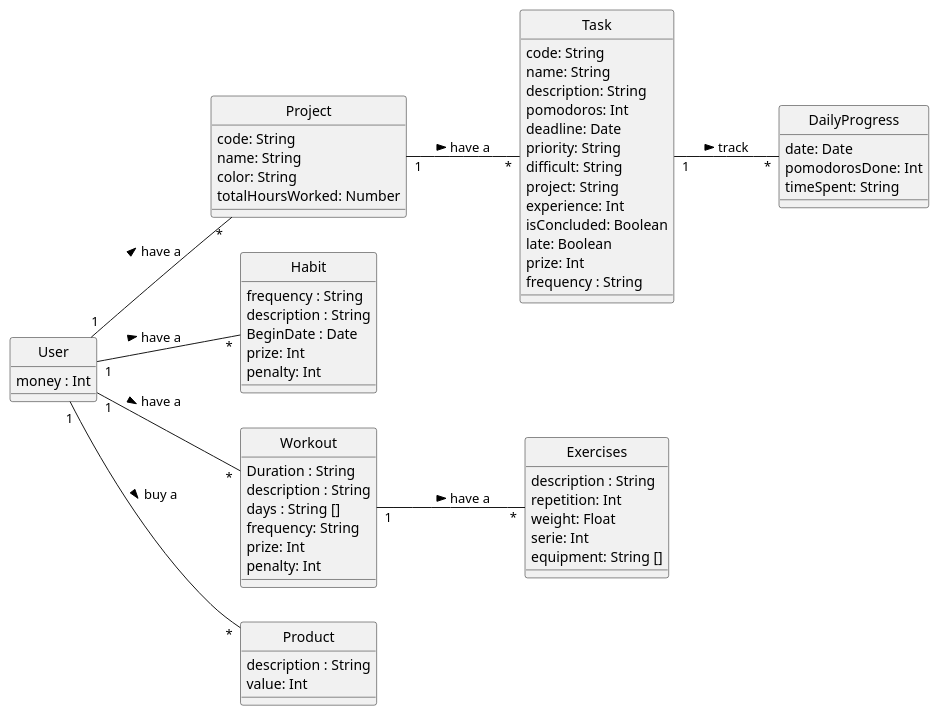
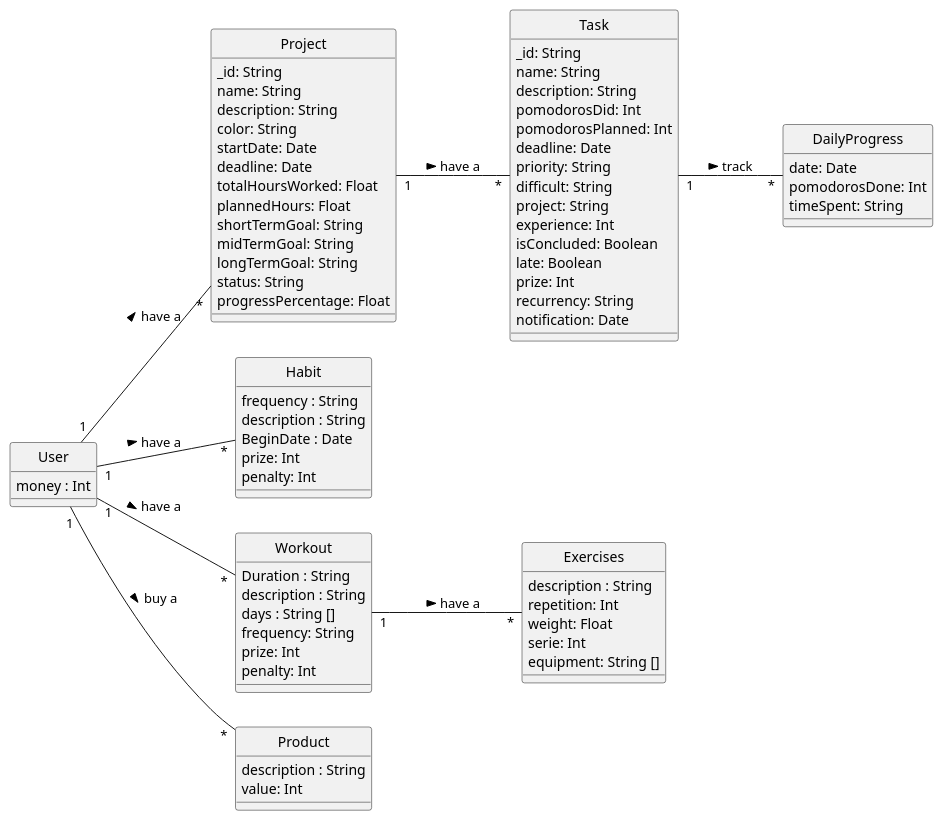
Before and after one commit to joao-felipe3/SecondBrain: the diagram in Project/ClassDiagram.puml, drawn with PlantUML.

Commit message:
Project documentation actualization

```diff
--- a/Project/ClassDiagram.puml
+++ b/Project/ClassDiagram.puml
@@ -1,75 +1,86 @@
 @startuml Classes
 skinparam style strictuml
 left to right direction
 
 class Task {
-    code: String 
+    _id: String 
     name: String
     description: String 
-    pomodoros: Int
+    pomodorosDid: Int
+    pomodorosPlanned: Int
     deadline: Date
     priority: String 
     difficult: String
     project: String
     experience: Int
     isConcluded: Boolean
     late: Boolean
     prize: Int
-    frequency : String
+    recurrency: String
+    notification: Date
 }
 
 class Project {
-    code: String 
+    _id: String 
     name: String
+    description: String
     color: String
-    totalHoursWorked: Number
+    startDate: Date
+    deadline: Date
+    totalHoursWorked: Float
+    plannedHours: Float
+    shortTermGoal: String
+    midTermGoal: String
+    longTermGoal: String
+    status: String
+    progressPercentage: Float
 }
 
 class Habit {
     frequency : String
     description : String
     BeginDate : Date
     prize: Int
     penalty: Int
 }
 
 class User {
     money : Int
 }
 
 class Workout {
     Duration : String
     description : String
     days : String []
     frequency: String
     prize: Int
     penalty: Int
 }
 
 class Exercises {
     description : String
     repetition: Int
     weight: Float
     serie: Int
     equipment: String []
 }
 
 class Product {
     description : String
     value: Int
 }
 
 class DailyProgress {
     date: Date
     pomodorosDone: Int
     timeSpent: String
 }
 
 Task "1" -- "*" DailyProgress: track >
 User "1" -- "*" Project: have a >
 Project "1" -- "*" Task: have a >
 User "1" -- "*" Habit: have a >
 User "1" -- "*" Workout: have a >
 Workout "1" -- "*" Exercises: have a >
 User "1" -- "*" Product: buy a >
 @enduml
```
